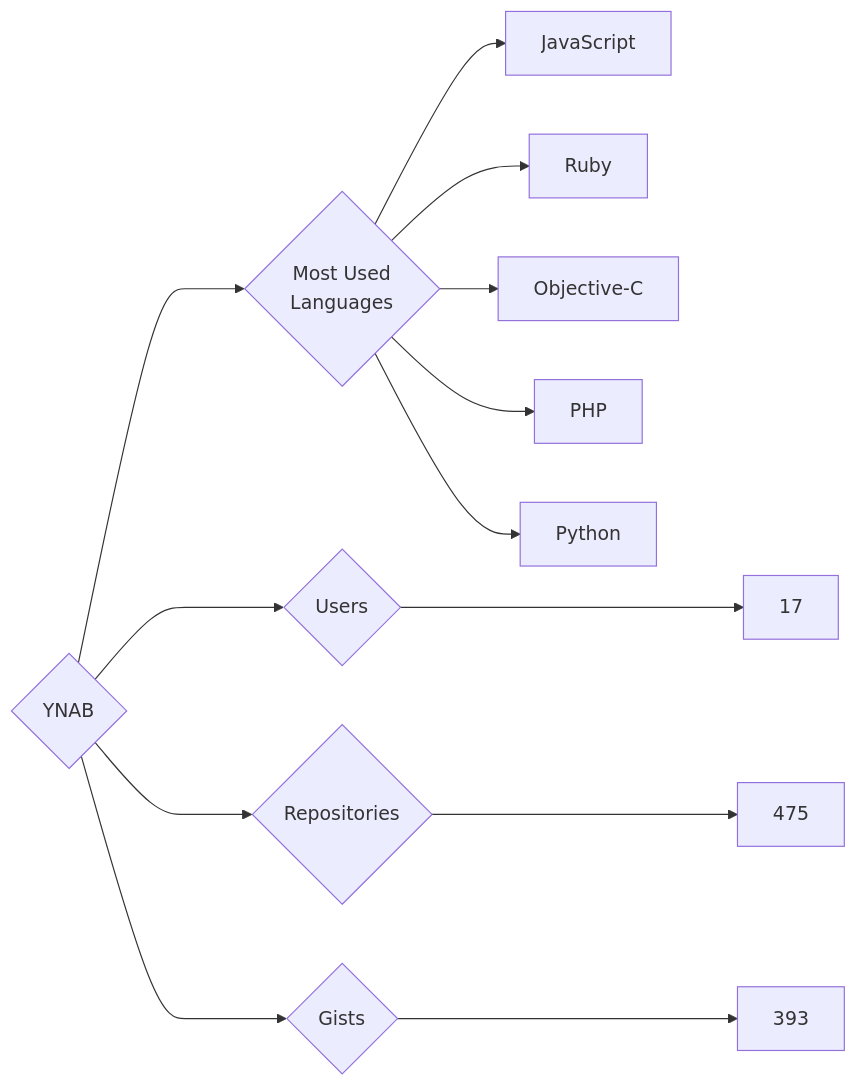
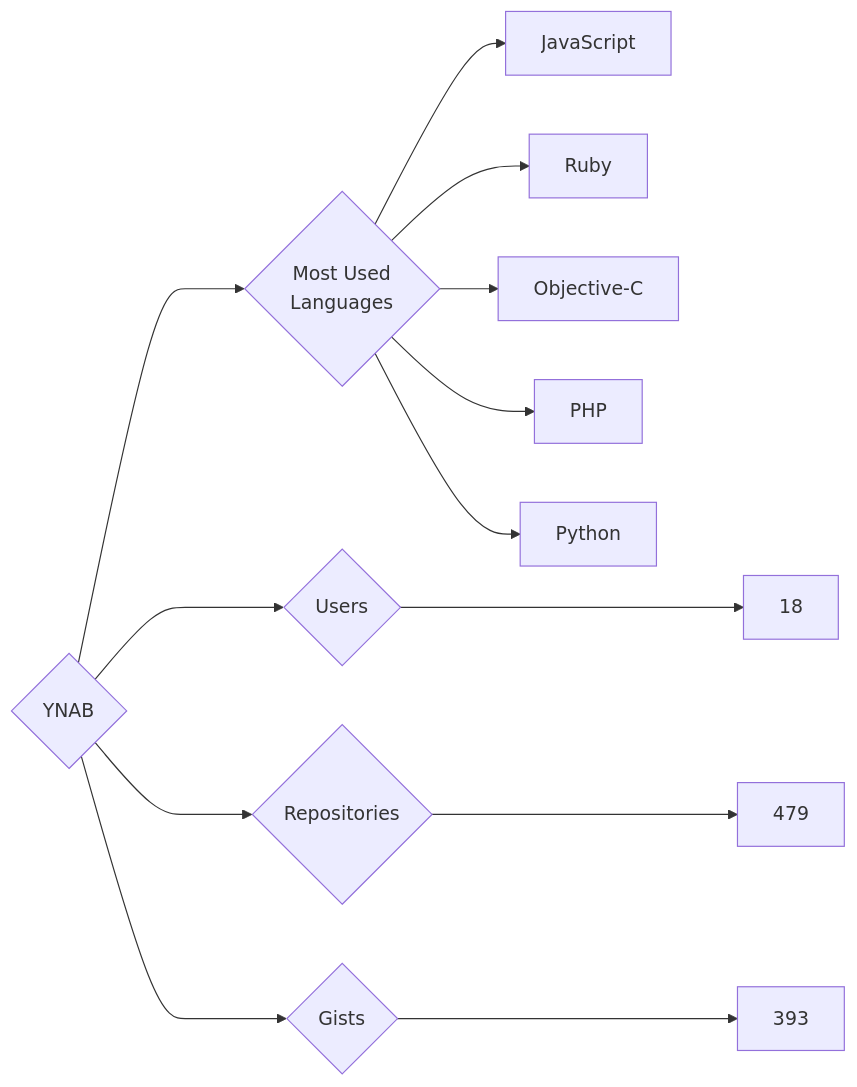
One commit to trickest/insiders changed the diagram in targets/YNAB/README.md. Above: the diagram before and after it, drawn with Mermaid. The commit also changed 835 other files, not shown here.

````diff
--- a/targets/YNAB/README.md
+++ b/targets/YNAB/README.md
@@ -3,13 +3,13 @@
 ```mermaid
 graph LR
 COMPANY_NAME{YNAB}
-COMPANY_NAME ---> U{Users} ---> UN[17]
-COMPANY_NAME ---> R{Repositories} ---> RN[475]
+COMPANY_NAME ---> U{Users} ---> UN[18]
+COMPANY_NAME ---> R{Repositories} ---> RN[479]
 COMPANY_NAME ---> G{Gists} ---> GN[393]
 COMPANY_NAME ---> ML{Most Used<br>Languages}
 ML --> JavaScript[JavaScript]
 ML --> Ruby[Ruby]
 ML --> Objective-C[Objective-C]
 ML --> PHP[PHP]
 ML --> Python[Python]
 ```
````
